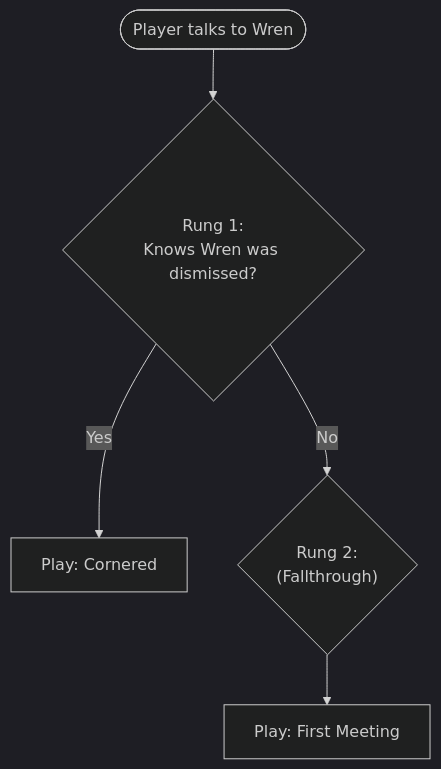
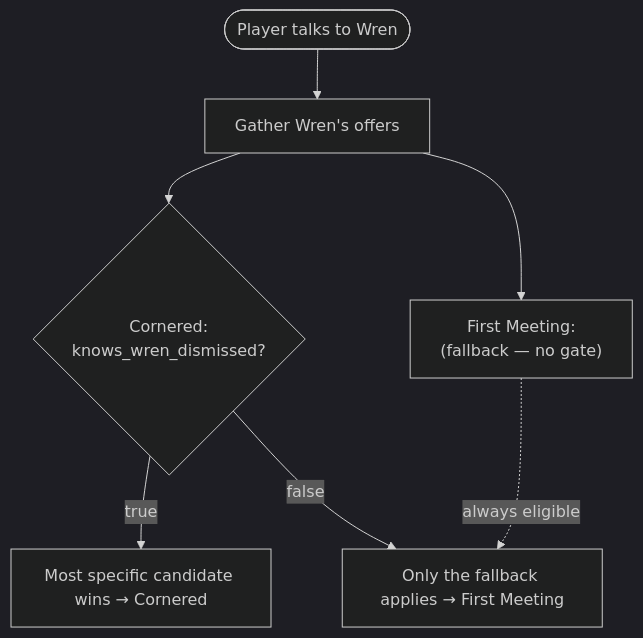
Before and after one commit to Orbitope/parlance-releases: the diagram in content/docs/concepts/dialogue-laddering.md, drawn with Mermaid (dark theme). The commit also changed other lines of this file and 22 other files, not shown here.

````diff
--- a/content/docs/concepts/dialogue-laddering.md
+++ b/content/docs/concepts/dialogue-laddering.md
@@ -51,7 +65,9 @@
 ```mermaid
 flowchart TD
-    Start([Player talks to Wren]) --> Rung1{"Rung 1:<br/>Knows Wren was dismissed?"}
-    Rung1 -- "Yes" --> Dlg1["Play: Cornered"]
-    Rung1 -- "No" --> Rung2{"Rung 2:<br/>(Fallthrough)"}
-    Rung2 --> Dlg2["Play: First Meeting"]
+    Start([Player talks to Wren]) --> Gather["Gather Wren's offers"]
+    Gather --> C1{"Cornered:<br/>knows_wren_dismissed?"}
+    Gather --> C2["First Meeting:<br/>(fallback — no gate)"]
+    C1 -- "true" --> Win1["Most specific candidate wins → Cornered"]
+    C1 -- "false" --> Win2["Only the fallback applies → First Meeting"]
+    C2 -. always eligible .-> Win2
 ```
````
